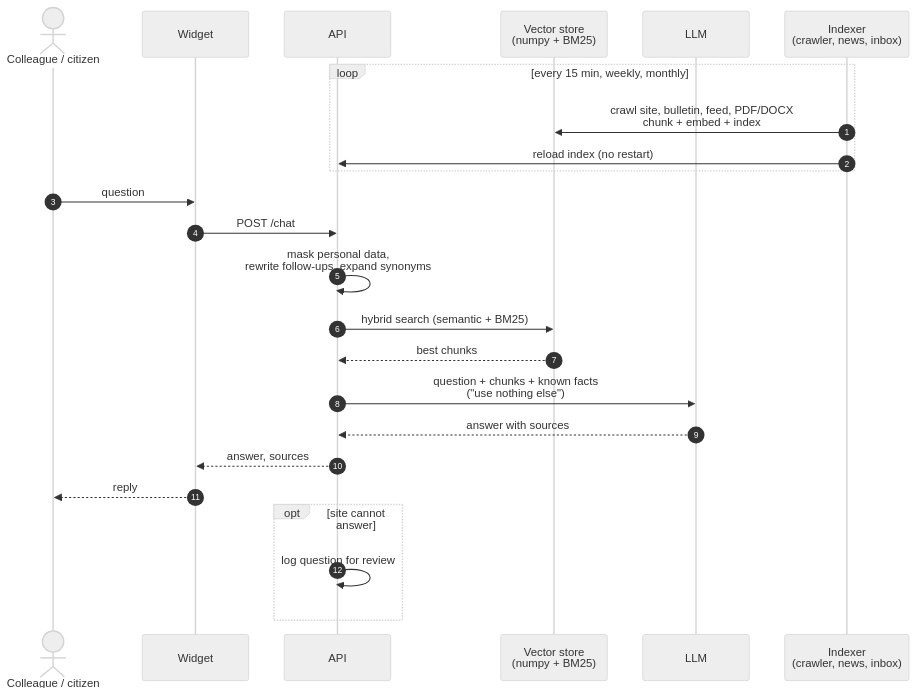
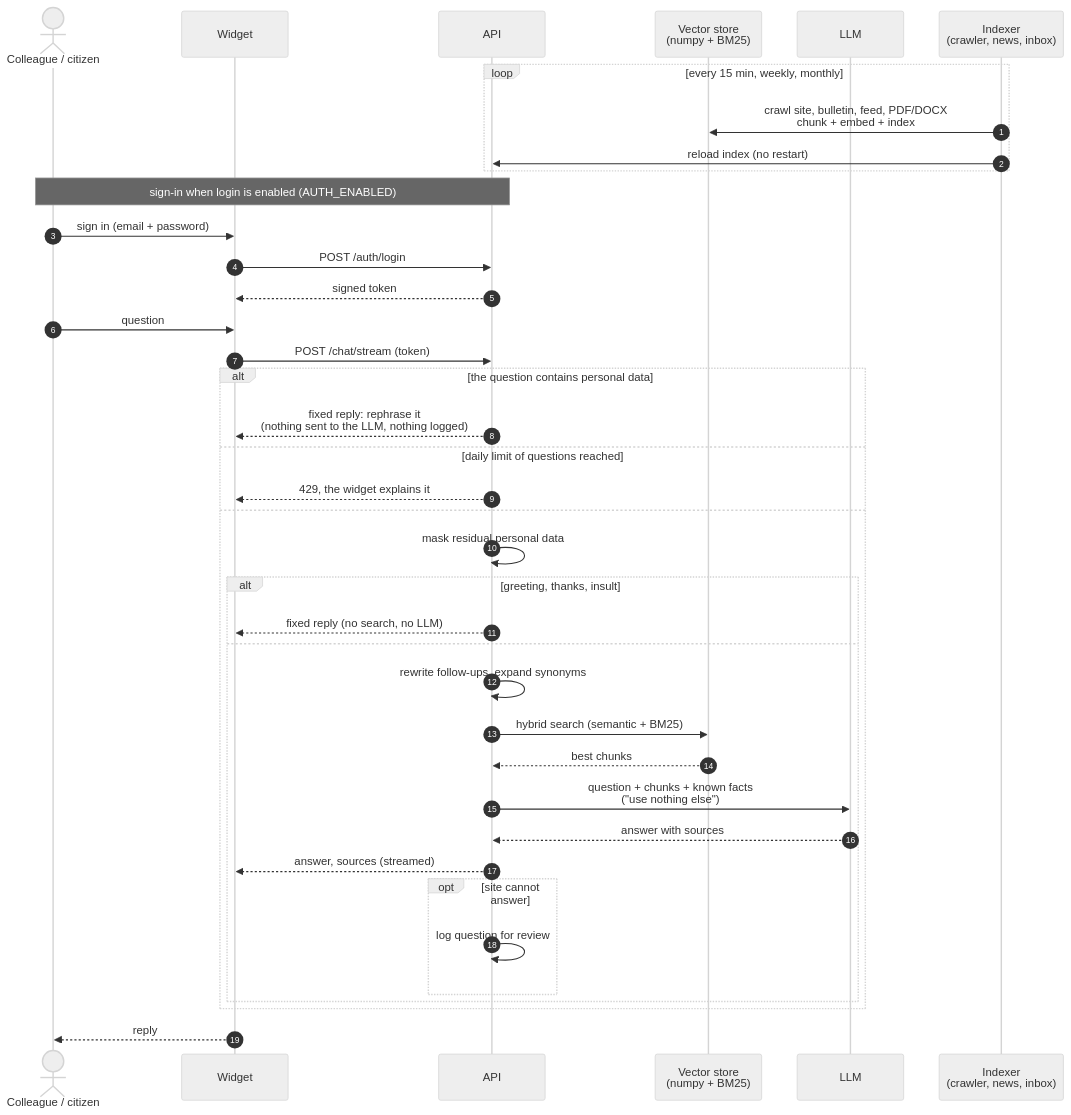
Before and after one commit to Antonio-Prado/zautte: the diagram in README.md, drawn with Mermaid (neutral theme). The commit also changed other lines of this file and 1 other file, not shown here.

Commit message:
README: sequence diagram with login, personal data blocking, daily limit and fixed answers

````diff
--- a/README.md
+++ b/README.md
@@ -56,28 +56,44 @@
 ```mermaid
 sequenceDiagram
     autonumber
     actor U as Colleague / citizen
     participant W as Widget
     participant A as API
     participant S as Vector store<br/>(numpy + BM25)
     participant L as LLM
     participant I as Indexer<br/>(crawler, news, inbox)
 
     loop every 15 min, weekly, monthly
         I->>S: crawl site, bulletin, feed, PDF/DOCX<br/>chunk + embed + index
         I->>A: reload index (no restart)
     end
 
+    Note over U,A: sign-in when login is enabled (AUTH_ENABLED)
+    U->>W: sign in (email + password)
+    W->>A: POST /auth/login
+    A-->>W: signed token
+
     U->>W: question
-    W->>A: POST /chat
-    A->>A: mask personal data,<br/>rewrite follow-ups, expand synonyms
-    A->>S: hybrid search (semantic + BM25)
-    S-->>A: best chunks
-    A->>L: question + chunks + known facts<br/>("use nothing else")
-    L-->>A: answer with sources
-    A-->>W: answer, sources
+    W->>A: POST /chat/stream (token)
+    alt the question contains personal data
+        A-->>W: fixed reply: rephrase it<br/>(nothing sent to the LLM, nothing logged)
+    else daily limit of questions reached
+        A-->>W: 429, the widget explains it
+    else
+        A->>A: mask residual personal data
+        alt greeting, thanks, insult
+            A-->>W: fixed reply (no search, no LLM)
+        else
+            A->>A: rewrite follow-ups, expand synonyms
+            A->>S: hybrid search (semantic + BM25)
+            S-->>A: best chunks
+            A->>L: question + chunks + known facts<br/>("use nothing else")
+            L-->>A: answer with sources
+            A-->>W: answer, sources (streamed)
+            opt site cannot answer
+                A->>A: log question for review
+            end
+        end
+    end
     W-->>U: reply
-    opt site cannot answer
-        A->>A: log question for review
-    end
 ```
````
